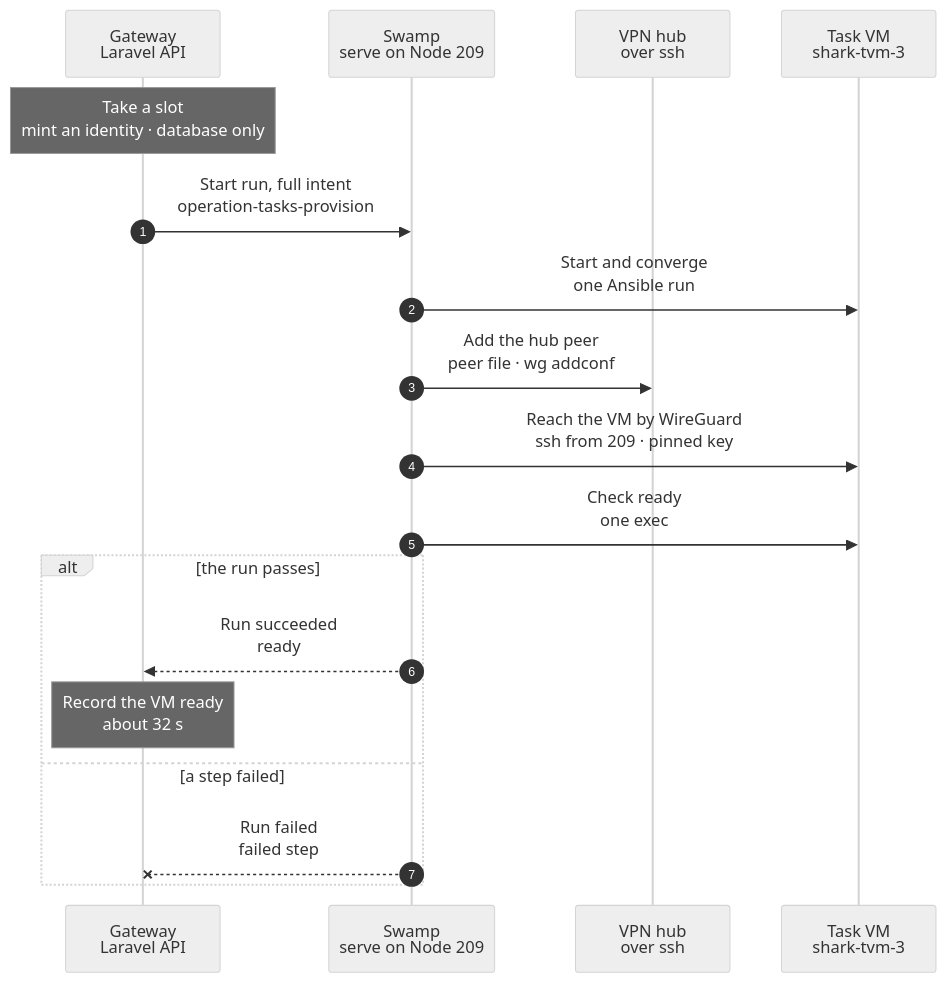
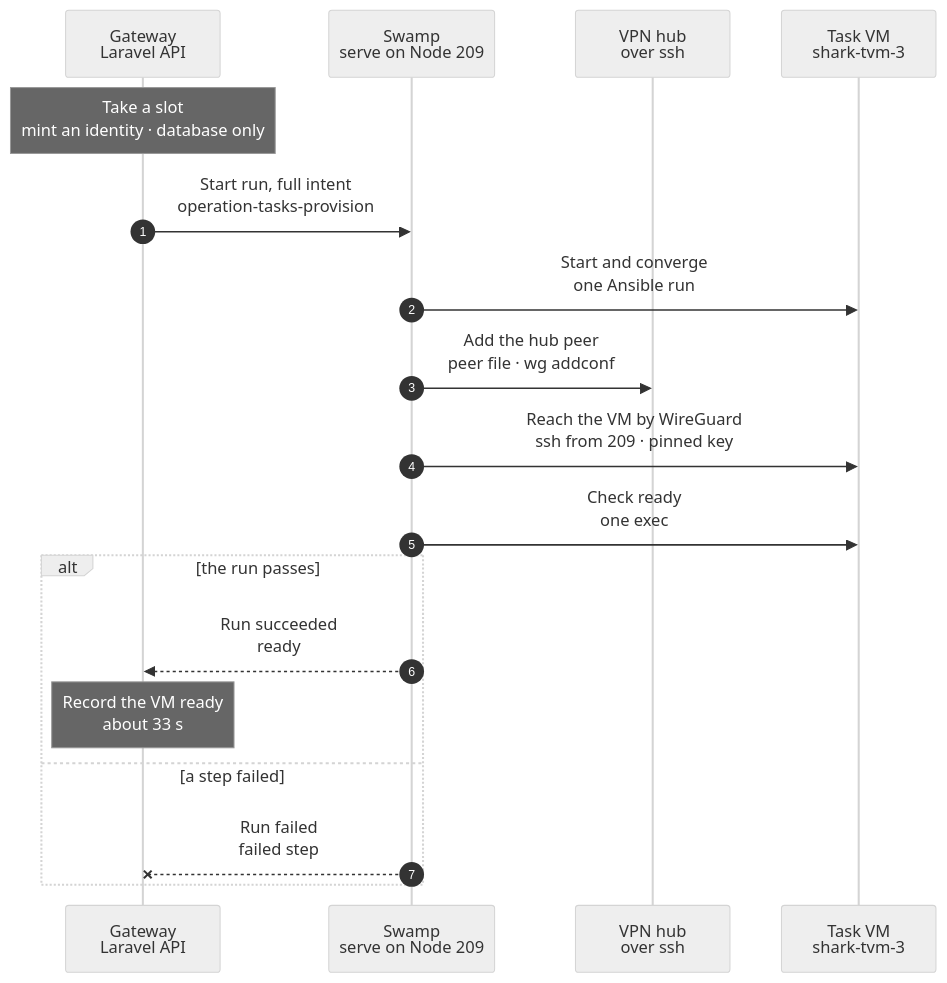
One commit to hardimpactdev/orbit changed the diagram in docs/cli/tasks/provision.mmd. Above: the diagram before and after it, drawn with Mermaid (neutral theme).

Commit message:
provision chart: reconcile the measured split

```diff
--- a/docs/cli/tasks/provision.mmd
+++ b/docs/cli/tasks/provision.mmd
@@ -1,58 +1,59 @@
 sequenceDiagram
   %% Target design (agreed with Nick, 2026-11-07): a task start copies the host's base VM snapshot and gives the copy a fresh identity. There are no fixed slot identities: a slot is only a place under the host's capacity (`max_vms`), and the VM is named `<host>-tvm-<n>` by its slot number.
   %% status: draft
   %% command: tasks:provision
   %% kind: tasks.provision
   autonumber
   %% lane GW icon=gateway pill=intent tone=blue
   %% lane SW icon=workflow pill=executes tone=green
   %% lane HUB icon=server pill=target tone=purple
   %% lane VM icon=server pill=task VM tone=purple
   participant GW as Gateway<br/>Laravel API
   participant SW as Swamp<br/>serve on Node 209
   participant HUB as VPN hub<br/>over ssh
   participant VM as Task VM<br/>shark-tvm-3
   Note over GW: Take a slot<br/>mint an identity · database only
   %%> Started by:
   %%> - `tasks:provision` for a todo group, from proof CI or feature work
   %%> Result:
   %%> - the lowest free slot number under the capacity of the host with the most room: `shark-tvm-3`
   %%> - a fresh identity: the Node record with its `app-dev` role, a WireGuard key pair, the agent secret and an SSH host key, pinned on the Node from the start so nothing is read back
   %%> - the claim's Pi token and Pi models file in the vault; the file holds the model router guard origin and the one fixed model key, the same for every VM
   GW->>SW: Start run, full intent<br/>operation-tasks-provision
   SW->>VM: Start and converge<br/>one Ansible run
   %%> What it does:
   %%> - one `ansible-playbook` run with two parts, and no second start: the host part runs on the task VM host over ssh, then the converge runs on the VM over WireGuard
   %%> - host part: `incus copy` of the base VM's recorded snapshot and a clone of its seed snapshot (ZFS clones); an identity volume of the VM with the identity and the claim (the Pi token and the Pi models file), pushed from the vault on stdin; then `incus start`. It waits for nothing in the guest
   %%> - Pi calls the guard with the fixed key from the VM's own WireGuard address; the start makes no model router call and registers no key
   %%> - at boot, the base's `orbit-identity` unit applies the identity volume before sshd, WireGuard and the agent start, then unmounts it; sshd answers over WireGuard about 12 s after the start (measured 2026-11-07)
   %%> - the containers start by themselves (`boot.autostart`) and already hold the proof Swamp Club key of the base
   %%> - converge part: the same Ansible converge as the release refresh, with the address and host key of the admission; it starts as soon as sshd answers and reads nothing back from the host
   %%> - the glue is one write of the intent and the step that builds the playbook input and starts Ansible; nothing is read from the host
   %%> - with no delta every part is skipped, each phase as one skipped task (a dynamic include), and it catches up a small delta when main moved since the last release
   %%> - the nested Gateway's services restart only when `apps/gateway` changed since the base, and its agent delivery manifest is placed only when the pinned agent build changed; a commit that changes neither does neither
   %%> - the containers' `base` snapshots belong to the refresh: a task start never retakes them
   %%> - then the new task branch on the checkout; it waits for no nested service
   SW->>HUB: Add the hub peer<br/>peer file · wg addconf
   %%> Runs beside the step before it: Swamp starts both at once.
   %%> What it does:
   %%> - the VM's public key and address on the WireGuard hub, while the VM boots; the converge part waits for the connection, and the readiness steps below wait for this step
   SW->>VM: Reach the VM by WireGuard<br/>ssh from 209 · pinned key
   %%> What it does:
   %%> - the path every later step takes (sync, check, turn, script): ssh from a Swamp worker to the VM's WireGuard address with its pinned host key
   %%> - runs beside the readiness read
   SW->>VM: Check ready<br/>one exec
   %%> What it does:
   %%> - what a task needs: the agent, Pi, the tunnel and the three containers running; Swamp's `assert` decides
   %%> - the tunnel counts as up once WireGuard has a handshake with the hub; the hub answers no ping from a task VM
   alt the run passes
     SW-->>GW: Run succeeded<br/>ready
-    Note over GW: Record the VM ready<br/>about 32 s
-    %%> Measured 2026-11-07, three starts on a current base: 32-34 s from admission to ready:
-    %%> - Ansible start and input 2 s; host part 8 s; the wait for sshd 12 s; the converge 6 s (all parts skipped, task branch made); readiness 2 s
-    %%> - a start whose commit is a few commits past the base adds the nested Gateway's migrate and restart, about 8 s when `apps/gateway` changed
+    Note over GW: Record the VM ready<br/>about 33 s
+    %%> Measured 2026-11-07, three starts on a current base: 32-34 s from admission to ready, above the earlier target of 10-15 s:
+    %%> - Swamp writes the intent 1 s; the Ansible run 28 s: its own start 2 s, host part 8 s, wait for sshd 12 s, converge 6 s; the playbook input is removed 2 s; readiness 2 s
+    %%> - what is left to cut: the wait for sshd (VM boot) and the host part (about 14 `incus` calls for the identity)
+    %%> - one start with a commit three commits past the base, with a changed migration, took 45 s: the nested Gateway's migrate 7 s and restart 1 s, and the rest in the checkout and the delta's work
   else a step failed
     SW--xGW: Run failed<br/>failed step
     %%> On failure:
     %%> - the release runs: the VM, its seed clone, its identity volume, the hub peer, the keys and the Node record go, and the slot is free
   end
```
